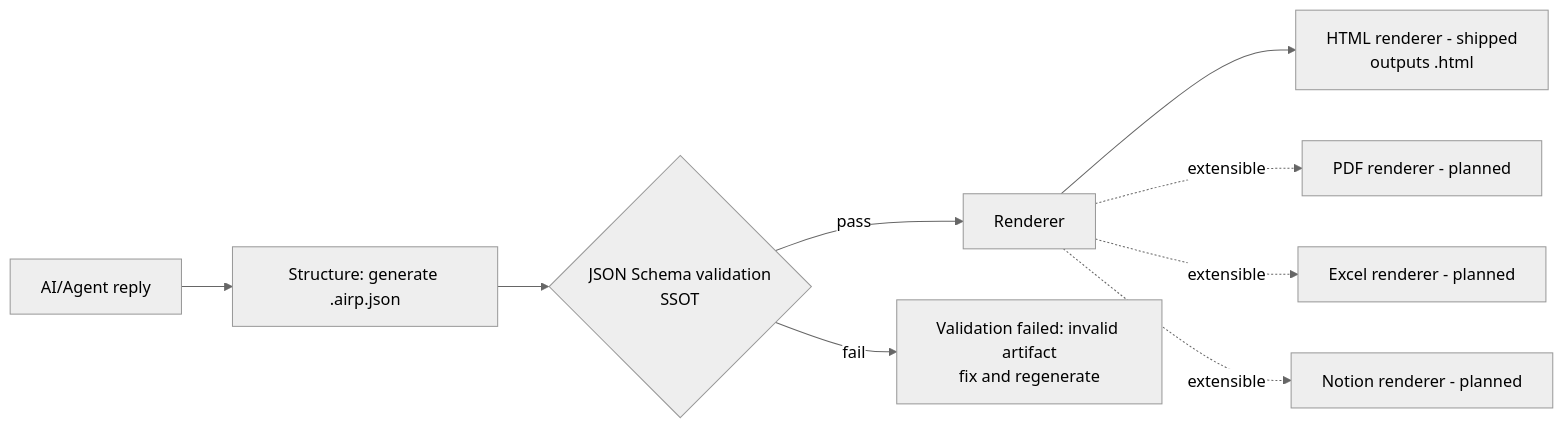
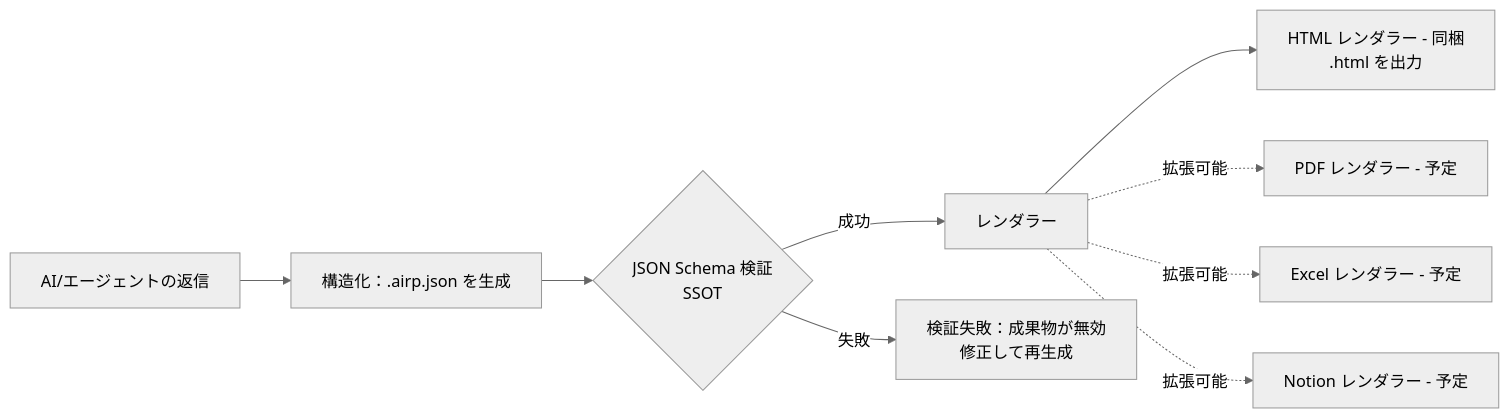
One commit to maosong-ai/airp changed the diagram in README.ja.md. Above: the diagram before and after it, drawn with Mermaid (neutral theme).

Commit message:
docs: localize README.ja Mermaid labels
Translate the Mermaid flowchart node labels into Japanese for the JA README.

````diff
--- a/README.ja.md
+++ b/README.ja.md
@@ -29,11 +29,11 @@
 ```mermaid
 flowchart LR
-  A[AI/Agent reply] --> B[Structure: generate .airp.json]
-  B --> C{JSON Schema validation<br/>SSOT}
-  C -- pass --> D[Renderer]
-  C -- fail --> E[Validation failed: invalid artifact<br/>fix and regenerate]
-  D --> H[HTML renderer - shipped<br/>outputs .html]
-  D -. extensible .-> P[PDF renderer - planned]
-  D -. extensible .-> X[Excel renderer - planned]
-  D -. extensible .-> N[Notion renderer - planned]
+  A[AI/エージェントの返信] --> B[構造化：.airp.json を生成]
+  B --> C{JSON Schema 検証<br/>SSOT}
+  C -- 成功 --> D[レンダラー]
+  C -- 失敗 --> E[検証失敗：成果物が無効<br/>修正して再生成]
+  D --> H[HTML レンダラー - 同梱<br/>.html を出力]
+  D -. 拡張可能 .-> P[PDF レンダラー - 予定]
+  D -. 拡張可能 .-> X[Excel レンダラー - 予定]
+  D -. 拡張可能 .-> N[Notion レンダラー - 予定]
 ```
````
